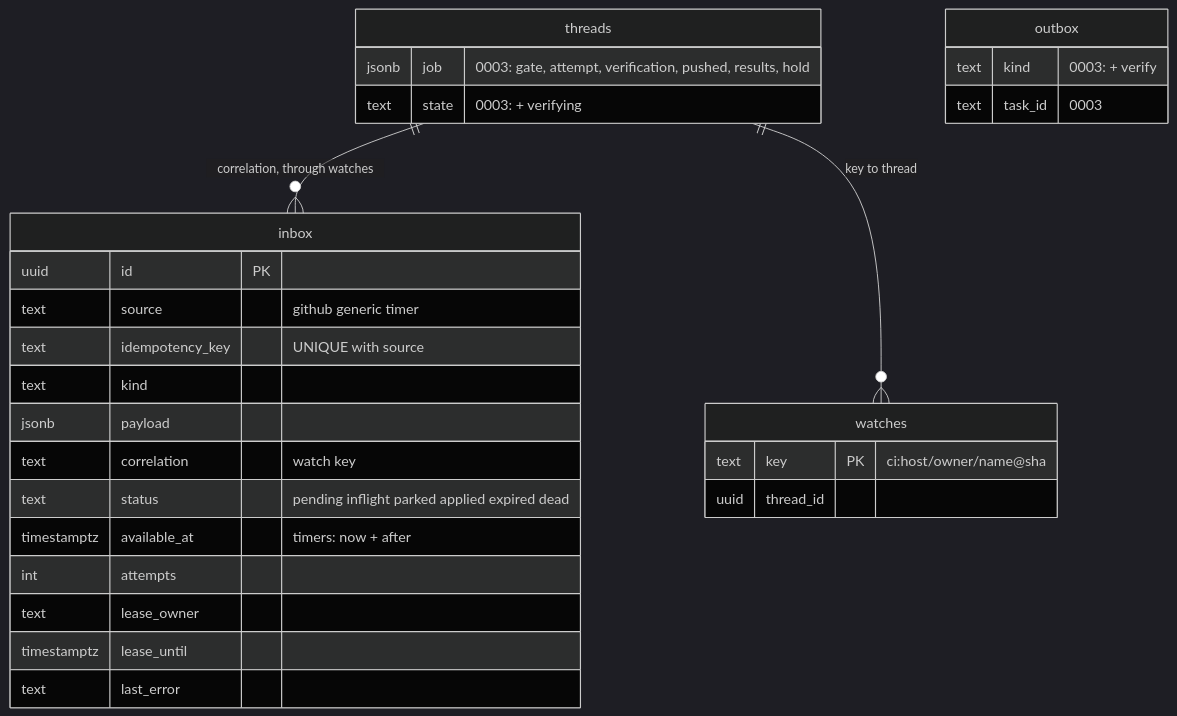
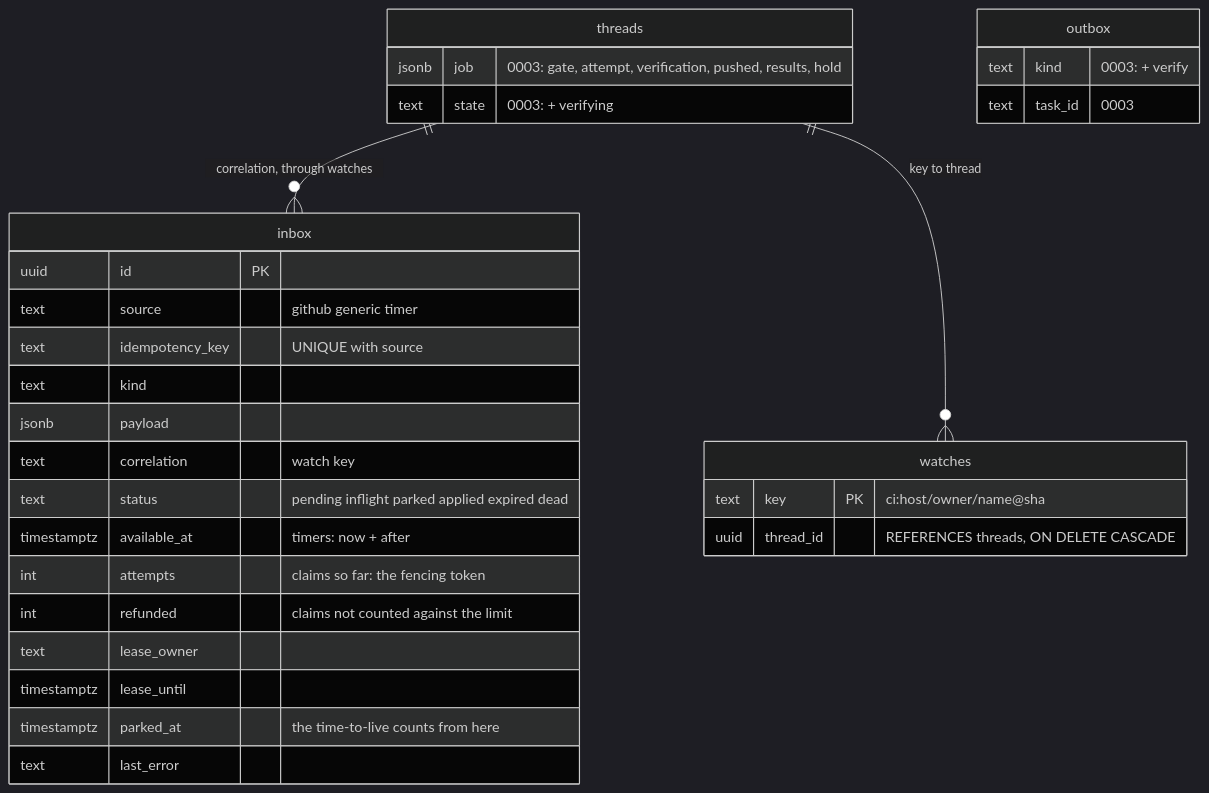
One commit to vymalo/another-agentic-system changed diagram 17 of 19 in docs/orchestrator.md. Above: the diagram before and after it, drawn with Mermaid (dark theme). The commit also changed other lines of this file and 41 other files, not shown here.

````diff
--- a/docs/orchestrator.md
+++ b/docs/orchestrator.md
@@ -943,31 +1039,33 @@
 ```mermaid
 erDiagram
   threads ||--o{ inbox : "correlation, through watches"
   threads ||--o{ watches : "key to thread"
   threads {
     jsonb job "0003: gate, attempt, verification, pushed, results, hold"
     text state "0003: + verifying"
   }
   outbox {
     text kind "0003: + verify"
     text task_id "0003"
   }
   inbox {
     uuid id PK
     text source "github generic timer"
     text idempotency_key "UNIQUE with source"
     text kind
     jsonb payload
     text correlation "watch key"
     text status "pending inflight parked applied expired dead"
     timestamptz available_at "timers: now + after"
-    int attempts
+    int attempts "claims so far: the fencing token"
+    int refunded "claims not counted against the limit"
     text lease_owner
     timestamptz lease_until
+    timestamptz parked_at "the time-to-live counts from here"
     text last_error
   }
   watches {
     text key PK "ci:host/owner/name@sha"
-    uuid thread_id
+    uuid thread_id "REFERENCES threads, ON DELETE CASCADE"
   }
 ```
````
